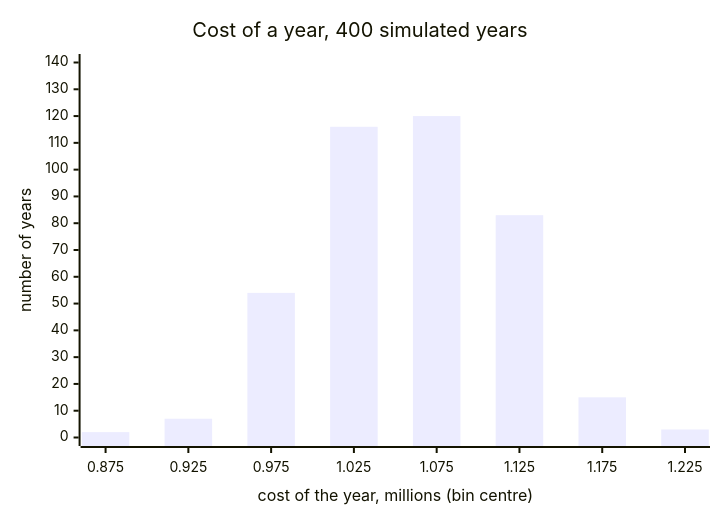
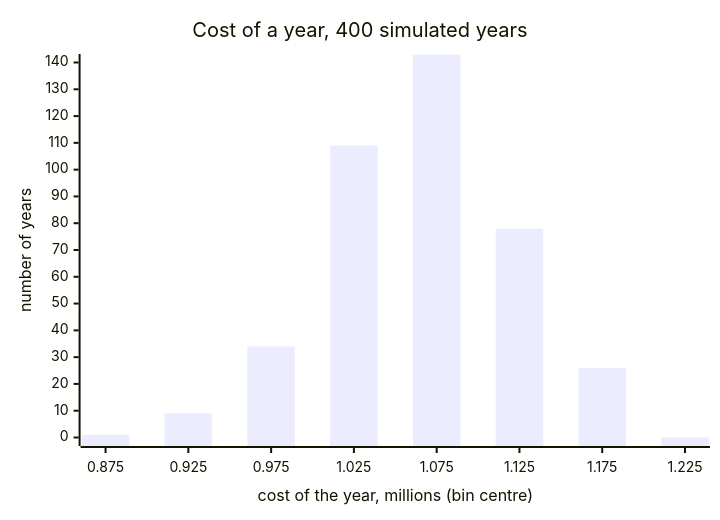
Before and after one commit to derrynknife/RePyability: the third of 3 diagrams in docs/learn/costs.md, drawn with Mermaid. The commit also changed other lines of this file and 23 other files, not shown here.

````diff
--- a/docs/learn/costs.md
+++ b/docs/learn/costs.md
@@ -292,7 +292,7 @@
 ```mermaid
 xychart-beta
     title "Cost of a year, 400 simulated years"
     x-axis "cost of the year, millions (bin centre)" ["0.875", "0.925", "0.975", "1.025", "1.075", "1.125", "1.175", "1.225"]
     y-axis "number of years" 0 --> 140
-    bar [2, 7, 54, 116, 120, 83, 15, 3]
+    bar [1, 9, 34, 109, 143, 78, 26, 0]
 ```
````
